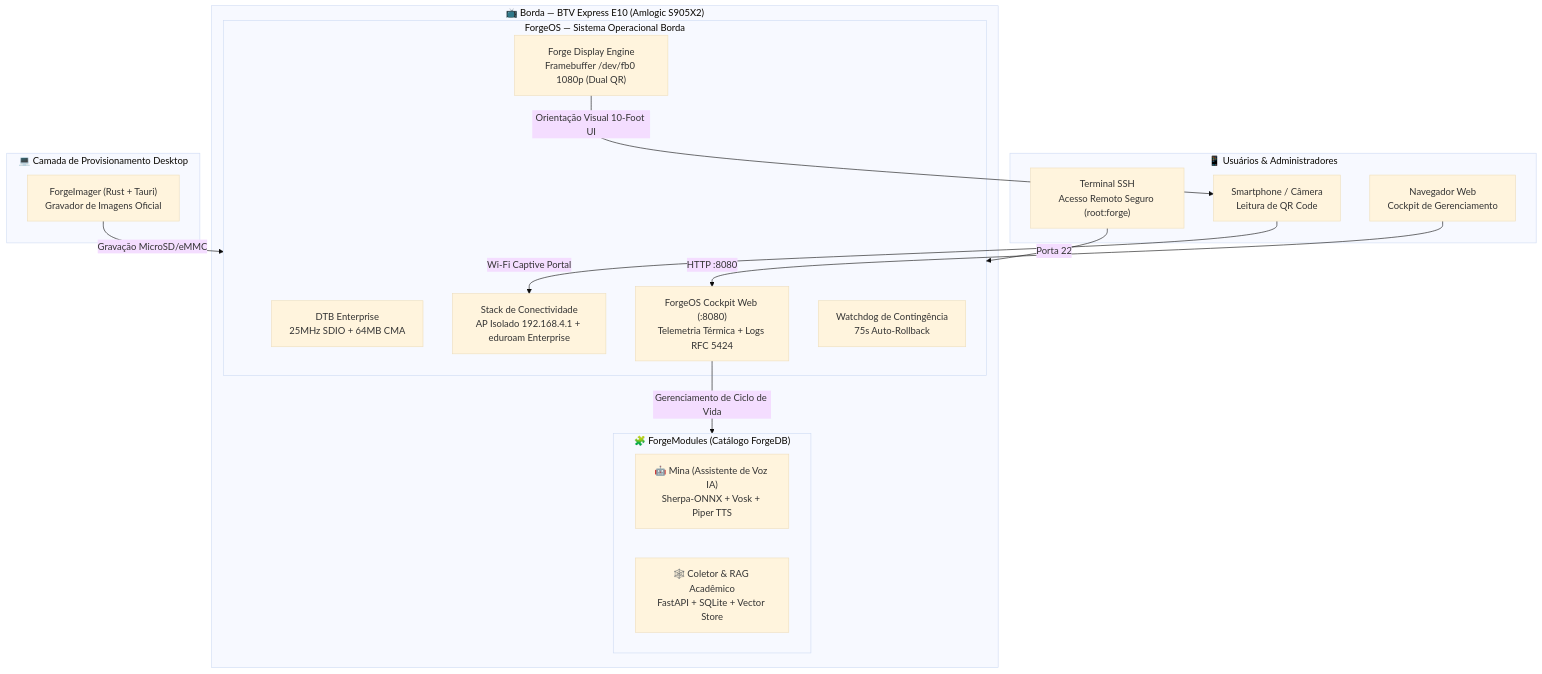
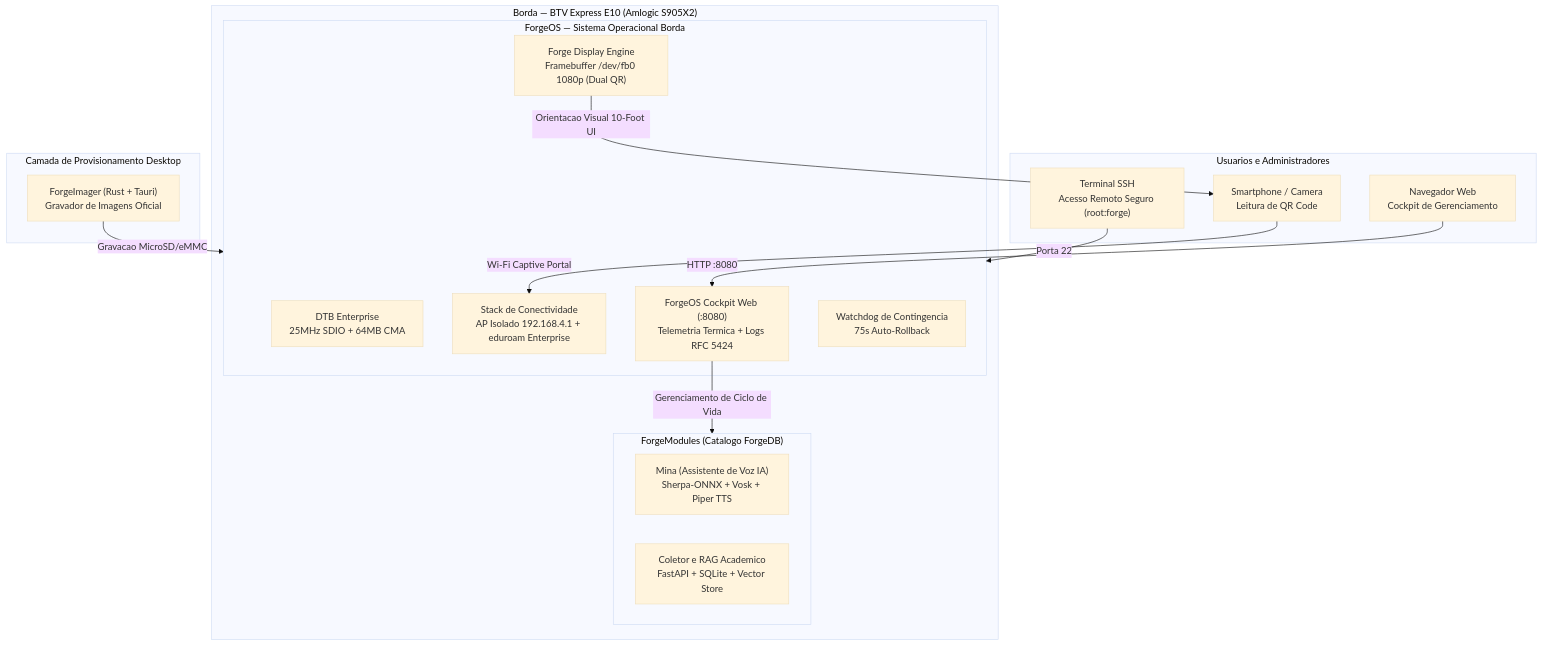
Before and after one commit to gasiepgodoy/Hackathon-TV-Box-E10: the diagram in Projeto Equipe 1/readme.md, drawn with Mermaid (base theme). The commit also changed other lines of this file, not shown here.

````diff
--- a/Projeto Equipe 1/readme.md
+++ b/Projeto Equipe 1/readme.md
@@ -34,34 +34,34 @@
 ```mermaid
 flowchart TB
-    subgraph Desktop["💻 Camada de Provisionamento Desktop"]
+    subgraph Desktop["Camada de Provisionamento Desktop"]
         FI["ForgeImager (Rust + Tauri)<br/>Gravador de Imagens Oficial"]
     end
 
-    subgraph Hardware["📺 Borda — BTV Express E10 (Amlogic S905X2)"]
+    subgraph Hardware["Borda — BTV Express E10 (Amlogic S905X2)"]
         subgraph OS["ForgeOS — Sistema Operacional Borda"]
             DTB["DTB Enterprise<br/>25MHz SDIO + 64MB CMA"]
             DISP["Forge Display Engine<br/>Framebuffer /dev/fb0 1080p (Dual QR)"]
             NET["Stack de Conectividade<br/>AP Isolado 192.168.4.1 + eduroam Enterprise"]
-            PORTAL["ForgeOS Cockpit Web (:8080)<br/>Telemetria Térmica + Logs RFC 5424"]
-            WATCH["Watchdog de Contingência<br/>75s Auto-Rollback"]
+            PORTAL["ForgeOS Cockpit Web (:8080)<br/>Telemetria Termica + Logs RFC 5424"]
+            WATCH["Watchdog de Contingencia<br/>75s Auto-Rollback"]
         end
 
-        subgraph Hub["🧩 ForgeModules (Catálogo ForgeDB)"]
-            MOD1["🤖 Mina (Assistente de Voz IA)<br/>Sherpa-ONNX + Vosk + Piper TTS"]
-            MOD2["🕸️ Coletor & RAG Acadêmico<br/>FastAPI + SQLite + Vector Store"]
+        subgraph Hub["ForgeModules (Catalogo ForgeDB)"]
+            MOD1["Mina (Assistente de Voz IA)<br/>Sherpa-ONNX + Vosk + Piper TTS"]
+            MOD2["Coletor e RAG Academico<br/>FastAPI + SQLite + Vector Store"]
         end
     end
 
-    subgraph Users["📱 Usuários & Administradores"]
-        CEL["Smartphone / Câmera<br/>Leitura de QR Code"]
+    subgraph Users["Usuarios e Administradores"]
+        CEL["Smartphone / Camera<br/>Leitura de QR Code"]
         BROWSER["Navegador Web<br/>Cockpit de Gerenciamento"]
         SSH_CLIENT["Terminal SSH<br/>Acesso Remoto Seguro (root:forge)"]
     end
 
-    FI -->|Gravação MicroSD/eMMC| OS
-    DISP -->|Orientação Visual 10-Foot UI| CEL
+    FI -->|Gravacao MicroSD/eMMC| OS
+    DISP -->|Orientacao Visual 10-Foot UI| CEL
     CEL -->|Wi-Fi Captive Portal| NET
     BROWSER -->|HTTP :8080| PORTAL
     SSH_CLIENT -->|Porta 22| OS
     PORTAL -->|Gerenciamento de Ciclo de Vida| Hub
 ```
````
